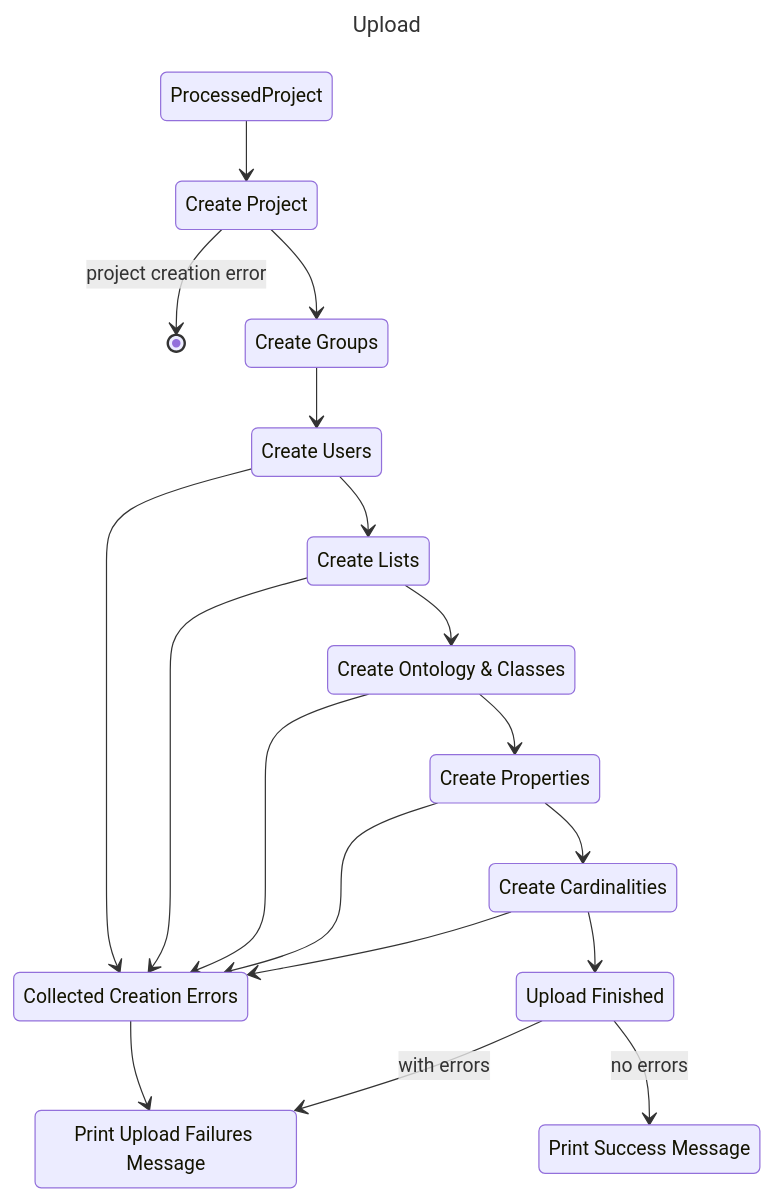
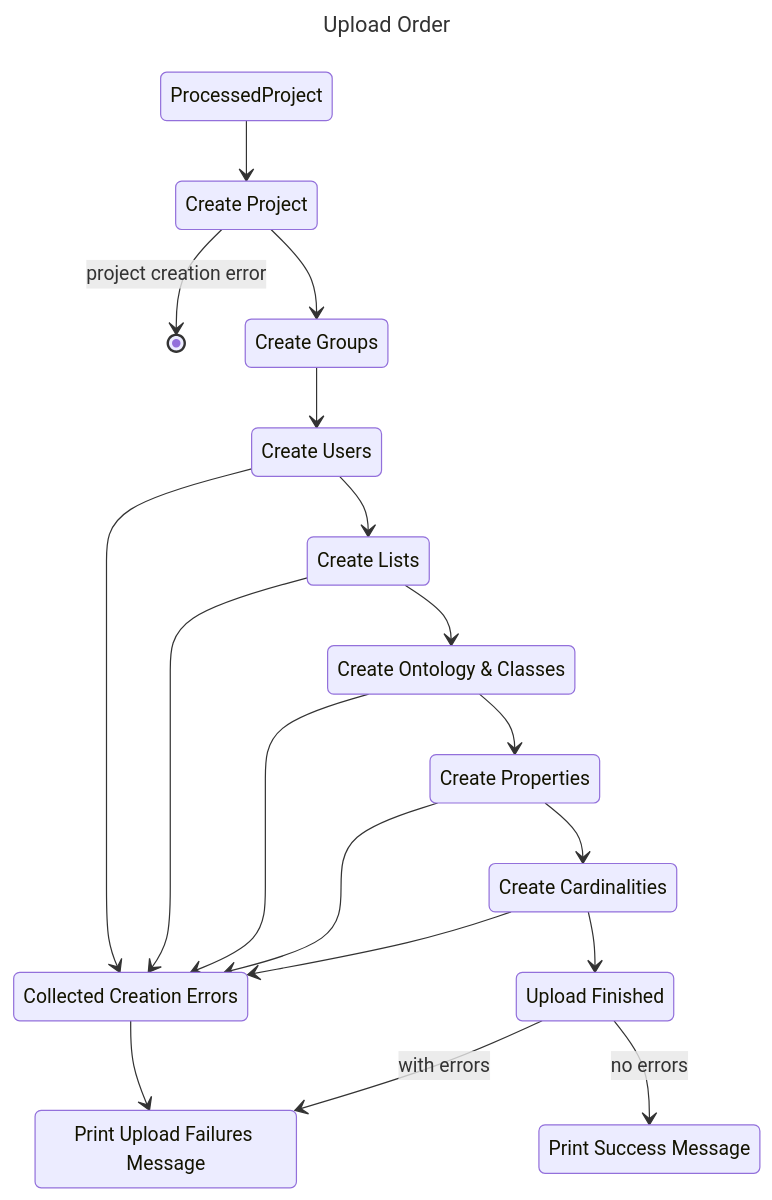
One commit to dasch-swiss/dsp-tools changed the second of 7 diagrams in docs/developers/architecture.md. Above: the diagram before and after it, drawn with Mermaid. The commit also changed other lines of this file, not shown here.

````diff
--- a/docs/developers/architecture.md
+++ b/docs/developers/architecture.md
@@ -59,39 +60,37 @@
 ```mermaid
 ---
-title: Upload
+title: Upload Order
 ---
 stateDiagram-v2
 
 state "ProcessedProject" as processedProj
 state "Create Project" as crProj
 state "Create Groups" as crGr
 state "Create Users" as crUser
 state "Create Lists" as crLists
 state "Create Ontology & Classes" as crCls
 state "Create Properties" as crProp
 state "Create Cardinalities" as crCards
 state "Upload Finished" as upFini
 state "Collected Creation Errors" as collErr
 state "Print Upload Failures Message" as printErr
 state "Print Success Message" as printSucc
 
     processedProj --> crProj
     crProj --> [*]: project creation error
     crProj --> crGr
     crGr --> crUser
     crUser --> collErr
     crUser --> crLists
     crLists --> collErr
     crLists-->crCls
     crCls --> collErr
     crCls --> crProp
     crProp --> collErr
     crProp --> crCards
     crCards --> collErr
     crCards-->upFini
     upFini-->printErr: with errors
     collErr-->printErr
     upFini-->printSucc: no errors
-
-
 ```
````
